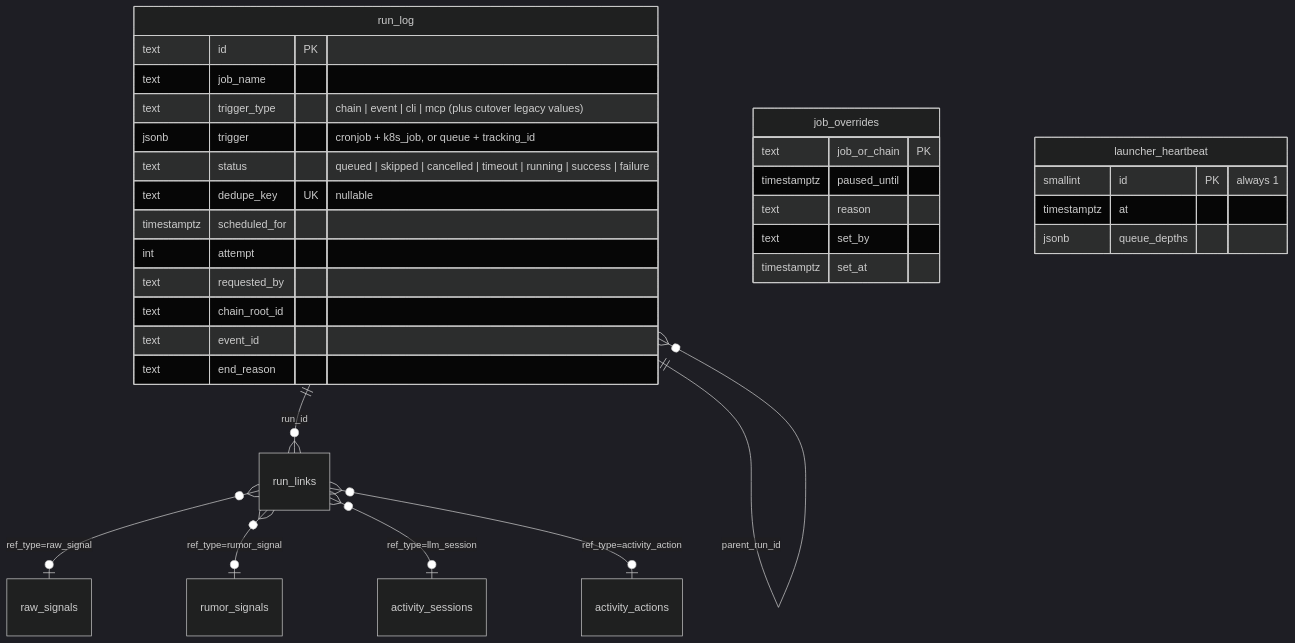
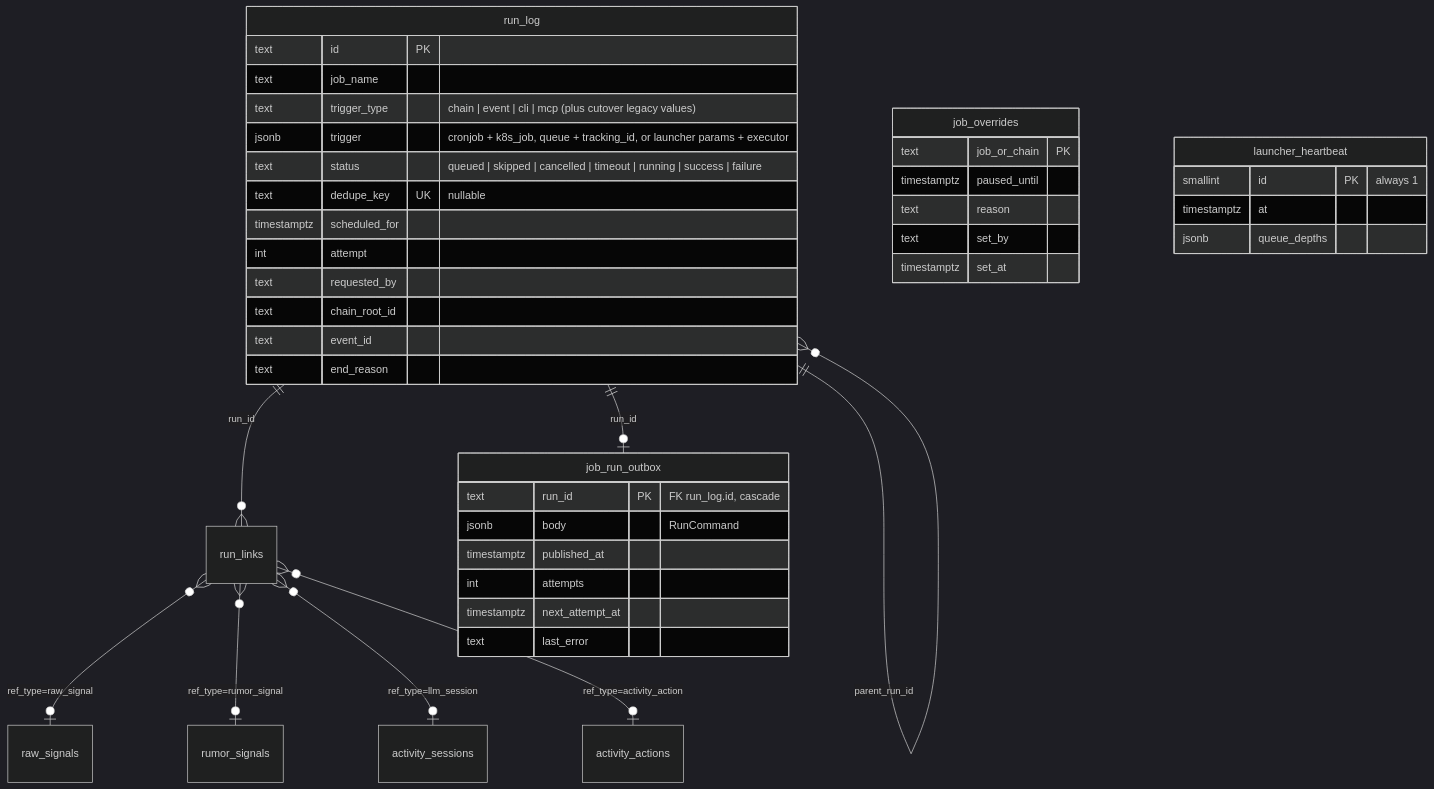
One commit to cvillarr23/fantasy-core-pipeline changed the fifth of 6 diagrams in docs/data-model.md. Above: the diagram before and after it, drawn with Mermaid (dark theme). The commit also changed other lines of this file and 34 other files, not shown here.

First line of the commit message:
feat: add launcher consumer, k8s Job builder and inline runner (#343) (#360)

````diff
--- a/docs/data-model.md
+++ b/docs/data-model.md
@@ -113,35 +113,44 @@
 ```mermaid
 erDiagram
     run_log ||--o{ run_links : "run_id"
+    run_log ||--o| job_run_outbox : "run_id"
     run_log ||--o{ run_log : "parent_run_id"
     run_links }o--o| raw_signals : "ref_type=raw_signal"
     run_links }o--o| rumor_signals : "ref_type=rumor_signal"
     run_links }o--o| activity_sessions : "ref_type=llm_session"
     run_links }o--o| activity_actions : "ref_type=activity_action"
     run_log {
         text id PK
         text job_name
         text trigger_type "chain | event | cli | mcp (plus cutover legacy values)"
-        jsonb trigger "cronjob + k8s_job, or queue + tracking_id"
+        jsonb trigger "cronjob + k8s_job, queue + tracking_id, or launcher params + executor"
         text status "queued | skipped | cancelled | timeout | running | success | failure"
         text dedupe_key UK "nullable"
         timestamptz scheduled_for
         int attempt
         text requested_by
         text chain_root_id
         text event_id
         text end_reason
     }
     job_overrides {
         text job_or_chain PK
         timestamptz paused_until
         text reason
         text set_by
         timestamptz set_at
     }
+    job_run_outbox {
+        text run_id PK "FK run_log.id, cascade"
+        jsonb body "RunCommand"
+        timestamptz published_at
+        int attempts
+        timestamptz next_attempt_at
+        text last_error
+    }
     launcher_heartbeat {
         smallint id PK "always 1"
         timestamptz at
         jsonb queue_depths
     }
 ```
````
